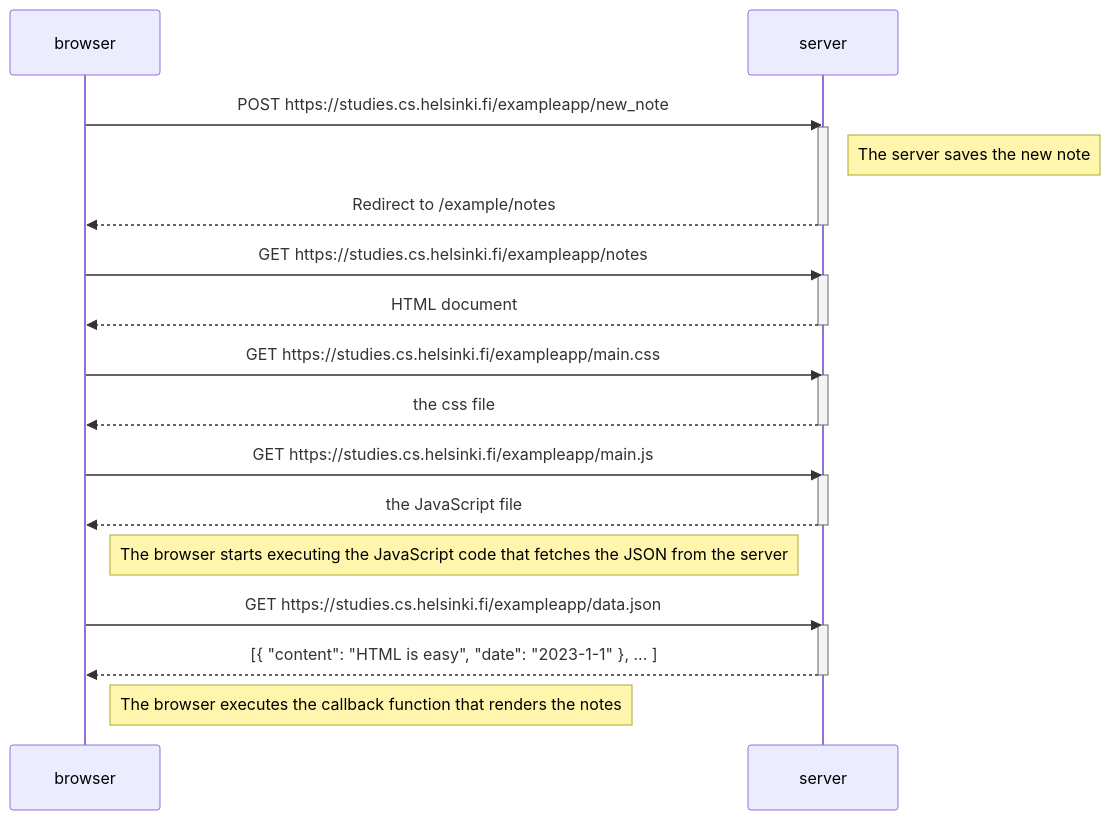
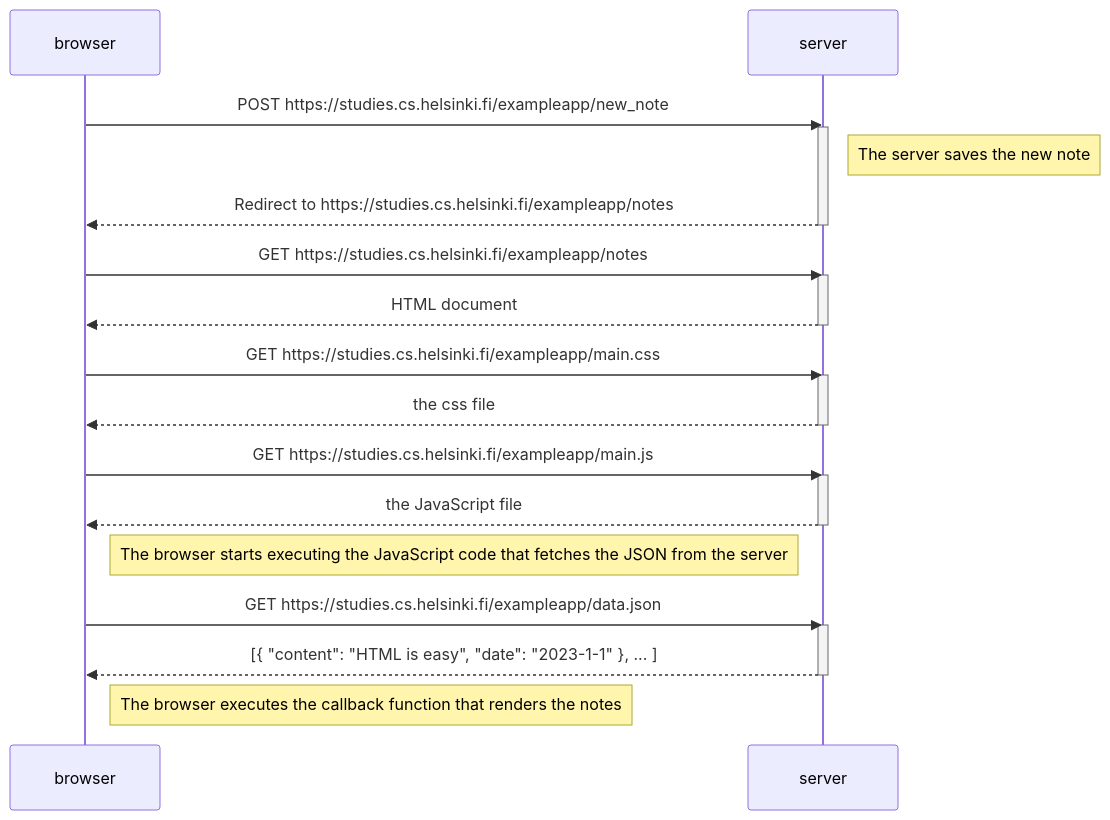
The diagram in part0/README.md (hermann-tim/fullstackopen), drawn with Mermaid before and after one commit.

````diff
--- a/part0/README.md
+++ b/part0/README.md
@@ -1,35 +1,35 @@
 ```mermaid
 sequenceDiagram
     participant browser
     participant server
 
     browser->>server: POST https://studies.cs.helsinki.fi/exampleapp/new_note
     activate server
     Note right of server: The server saves the new note
-    server-->>browser: Redirect to /example/notes
+    server-->>browser: Redirect to https://studies.cs.helsinki.fi/exampleapp/notes
     deactivate server
 
     browser->>server: GET https://studies.cs.helsinki.fi/exampleapp/notes
     activate server
     server-->>browser: HTML document
     deactivate server
 
     browser->>server: GET https://studies.cs.helsinki.fi/exampleapp/main.css
     activate server
     server-->>browser: the css file
     deactivate server
 
     browser->>server: GET https://studies.cs.helsinki.fi/exampleapp/main.js
     activate server
     server-->>browser: the JavaScript file
     deactivate server
 
     Note right of browser: The browser starts executing the JavaScript code that fetches the JSON from the server
 
     browser->>server: GET https://studies.cs.helsinki.fi/exampleapp/data.json
     activate server
     server-->>browser: [{ "content": "HTML is easy", "date": "2023-1-1" }, ... ]
     deactivate server
 
     Note right of browser: The browser executes the callback function that renders the notes
 ```
````
